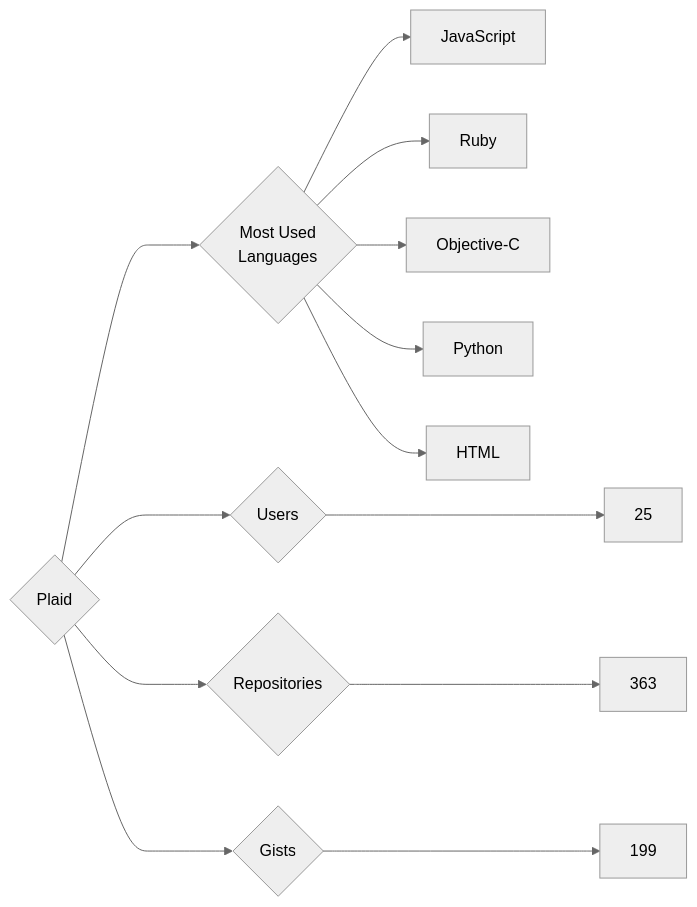
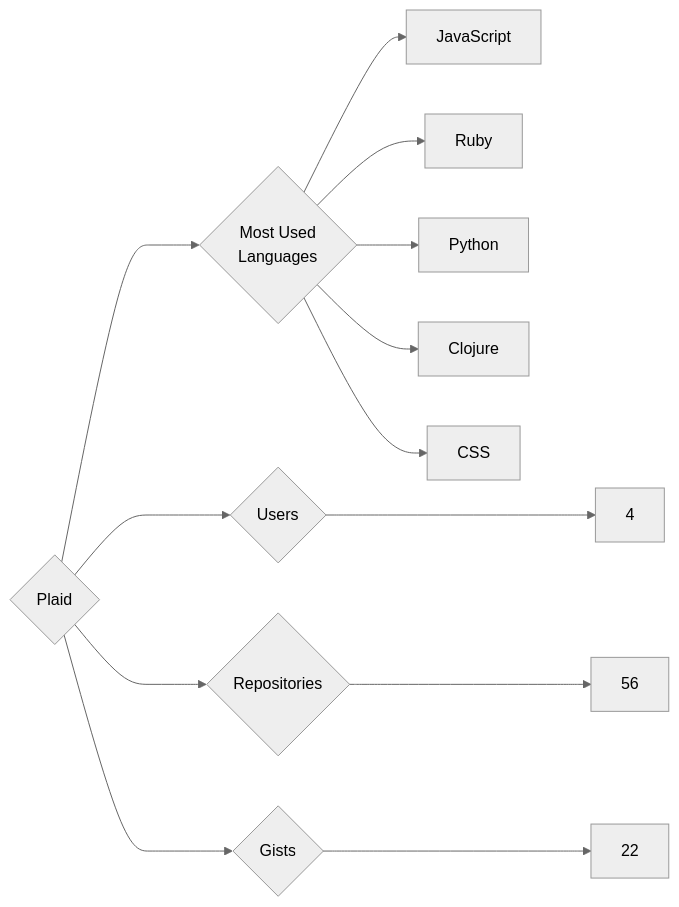
The diagram in targets/Plaid/README.md (trickest/insiders), drawn with Mermaid (neutral theme) before and after one commit. The commit also changed 1011 other files, not shown here.

````diff
--- a/targets/Plaid/README.md
+++ b/targets/Plaid/README.md
@@ -3,13 +3,13 @@
 ```mermaid
 graph LR
 COMPANY_NAME{Plaid}
-COMPANY_NAME ---> U{Users} ---> UN[25]
-COMPANY_NAME ---> R{Repositories} ---> RN[363]
-COMPANY_NAME ---> G{Gists} ---> GN[199]
+COMPANY_NAME ---> U{Users} ---> UN[4]
+COMPANY_NAME ---> R{Repositories} ---> RN[56]
+COMPANY_NAME ---> G{Gists} ---> GN[22]
 COMPANY_NAME ---> ML{Most Used<br>Languages}
 ML --> JavaScript[JavaScript]
 ML --> Ruby[Ruby]
-ML --> Objective-C[Objective-C]
 ML --> Python[Python]
-ML --> HTML[HTML]
+ML --> Clojure[Clojure]
+ML --> CSS[CSS]
 ```
````
